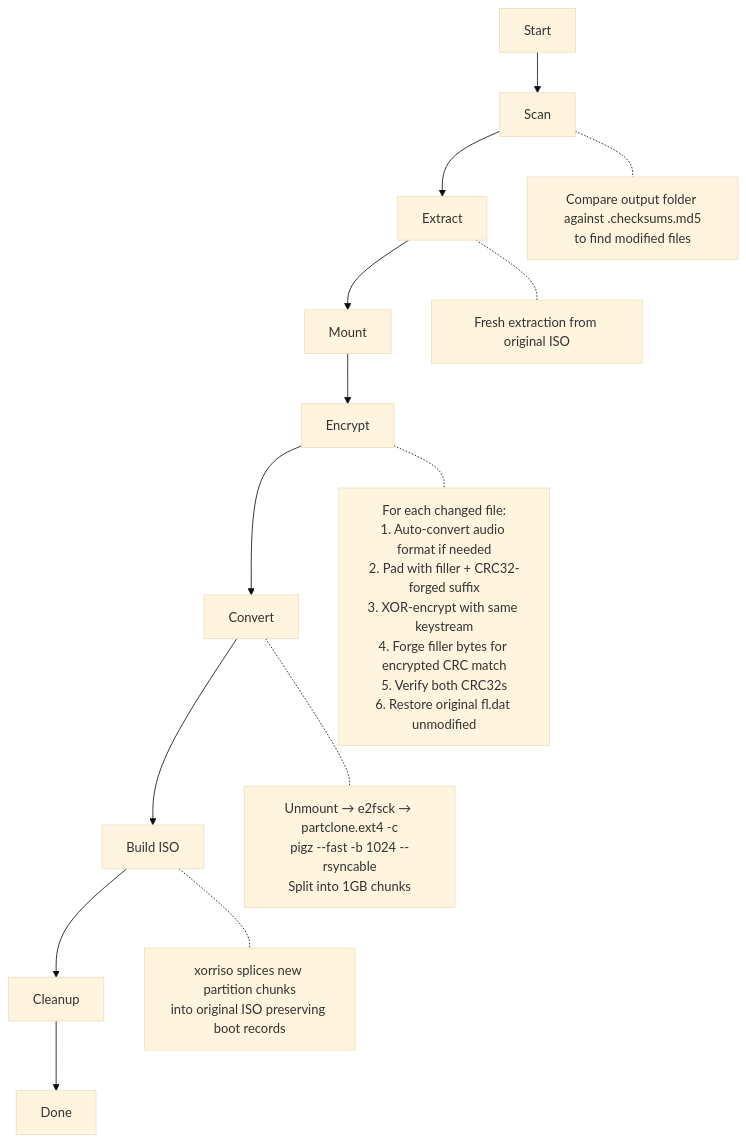
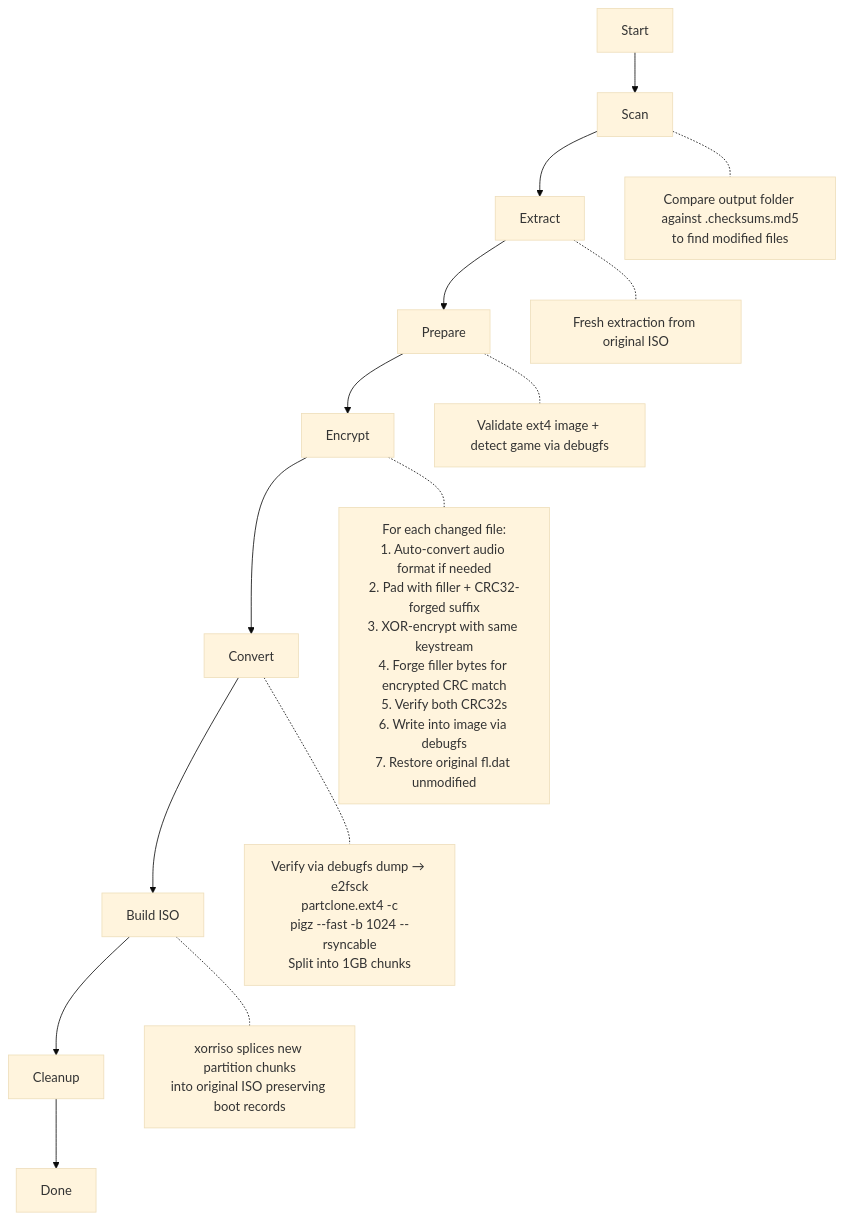
Before and after one commit to crobby/jjp-decryptor: the third of 3 diagrams in README.md, drawn with Mermaid (base theme). The commit also changed other lines of this file and 3 other files, not shown here.

````diff
--- a/README.md
+++ b/README.md
@@ -273,17 +274,18 @@
 ```mermaid
 flowchart TD
     A[Start] --> B[Scan]
     B --> C[Extract]
-    C --> D[Mount]
+    C --> D[Prepare]
     D --> E[Encrypt]
     E --> F[Convert]
     F --> G[Build ISO]
     G --> H[Cleanup]
     H --> I[Done]
 
     B -.- B1["Compare output folder against .checksums.md5\nto find modified files"]
     C -.- C1["Fresh extraction from original ISO"]
-    E -.- E1["For each changed file:\n1. Auto-convert audio format if needed\n2. Pad with filler + CRC32-forged suffix\n3. XOR-encrypt with same keystream\n4. Forge filler bytes for encrypted CRC match\n5. Verify both CRC32s\n6. Restore original fl.dat unmodified"]
-    F -.- F1["Unmount → e2fsck → partclone.ext4 -c\npigz --fast -b 1024 --rsyncable\nSplit into 1GB chunks"]
+    D -.- D1["Validate ext4 image + detect game via debugfs"]
+    E -.- E1["For each changed file:\n1. Auto-convert audio format if needed\n2. Pad with filler + CRC32-forged suffix\n3. XOR-encrypt with same keystream\n4. Forge filler bytes for encrypted CRC match\n5. Verify both CRC32s\n6. Write into image via debugfs\n7. Restore original fl.dat unmodified"]
+    F -.- F1["Verify via debugfs dump → e2fsck\npartclone.ext4 -c\npigz --fast -b 1024 --rsyncable\nSplit into 1GB chunks"]
     G -.- G1["xorriso splices new partition chunks\ninto original ISO preserving boot records"]
 ```
````
